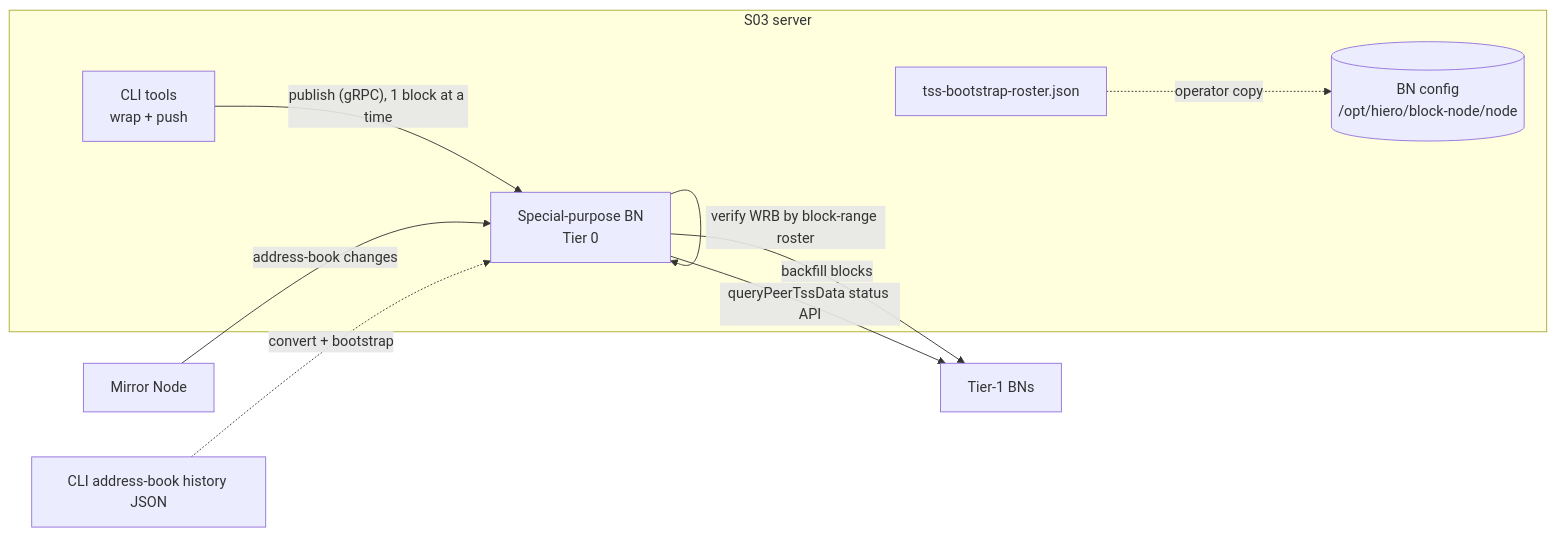
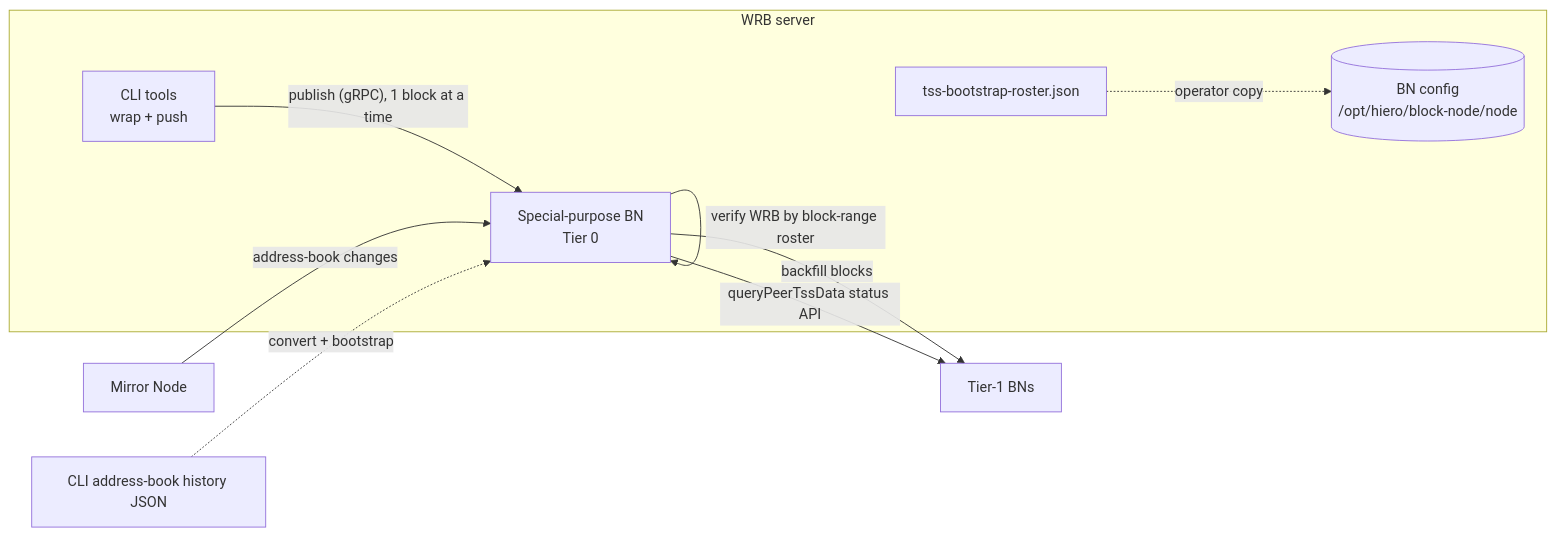
One commit to hiero-ledger/hiero-block-node changed the diagram in docs/design/wrb-streaming/sp-wrb-bn-design.md. Above: the diagram before and after it, drawn with Mermaid. The commit also changed other lines of this file, not shown here.

````diff
--- a/docs/design/wrb-streaming/sp-wrb-bn-design.md
+++ b/docs/design/wrb-streaming/sp-wrb-bn-design.md
@@ -135,12 +134,12 @@
 ```mermaid
 flowchart LR
-    subgraph S03 [S03 server]
+    subgraph WRBS [WRB server]
         CLI[CLI tools<br/>wrap + push] -->|"publish (gRPC), 1 block at a time"| SP[Special-purpose BN<br/>Tier 0]
         TSSJSON[tss-bootstrap-roster.json] -. operator copy .-> SPCFG[(BN config<br/>/opt/hiero/block-node/node)]
     end
     MN[Mirror Node] -->|address-book changes| SP
     ABH[CLI address-book history JSON] -. convert + bootstrap .-> SP
     SP -->|backfill blocks| T1[Tier-1 BNs]
     SP -->|queryPeerTssData status API| T1
     SP -->|verify WRB by block-range roster| SP
 ```
````
